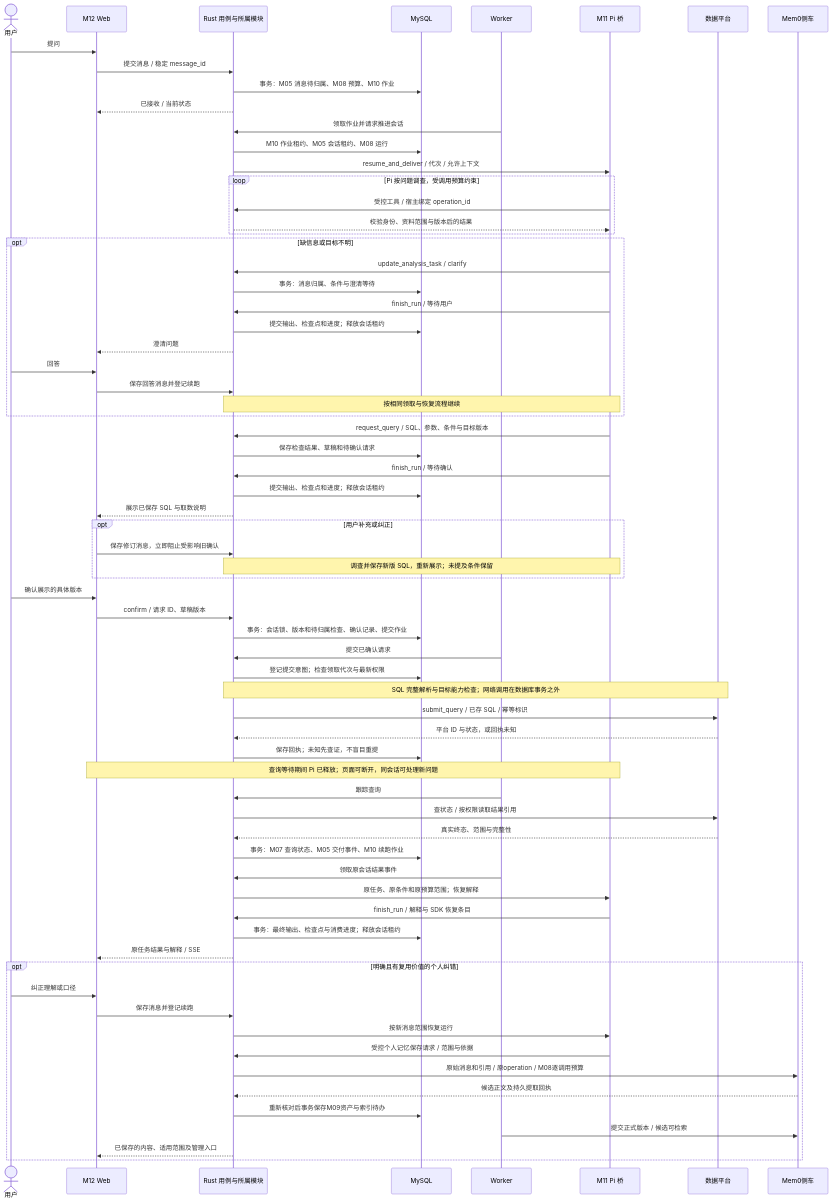
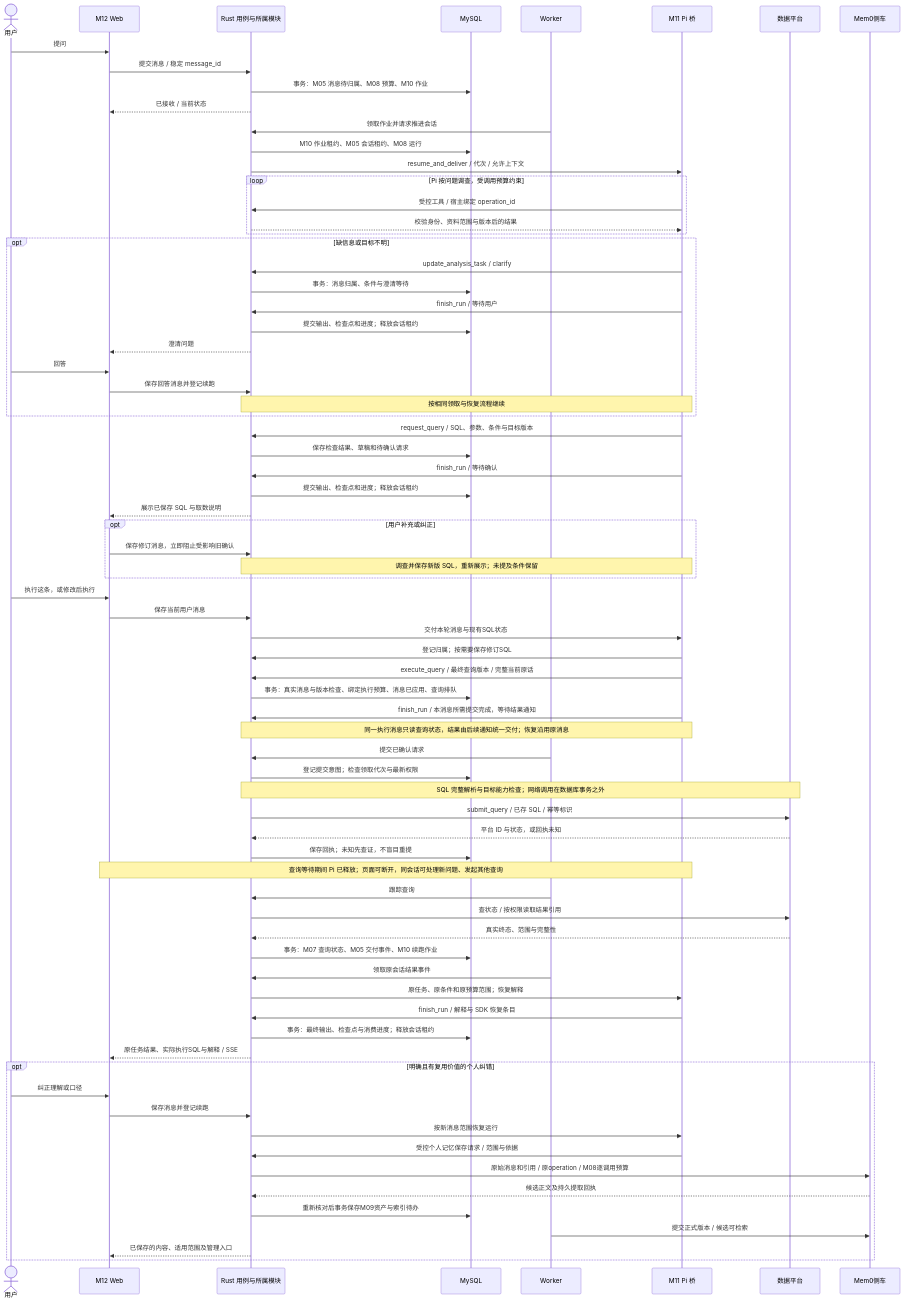
Before and after one commit to yaoziyaoguai/data_agent: the third of 10 diagrams in docs/architecture/implementation-views.md, drawn with Mermaid. The commit also changed other lines of this file and 52 other files, not shown here.

````diff
--- a/docs/architecture/implementation-views.md
+++ b/docs/architecture/implementation-views.md
@@ -82,71 +82,76 @@
 ```mermaid
 sequenceDiagram
   actor U as 用户
   participant W as M12 Web
   participant R as Rust 用例与所属模块
   participant D as MySQL
   participant B as Worker
   participant P as M11 Pi 桥
   participant Q as 数据平台
   participant M as Mem0侧车
   U->>W: 提问
   W->>R: 提交消息 / 稳定 message_id
   R->>D: 事务：M05 消息待归属、M08 预算、M10 作业
   R-->>W: 已接收 / 当前状态
   B->>R: 领取作业并请求推进会话
   R->>D: M10 作业租约、M05 会话租约、M08 运行
   R->>P: resume_and_deliver / 代次 / 允许上下文
   loop Pi 按问题调查，受调用预算约束
     P->>R: 受控工具 / 宿主绑定 operation_id
     R-->>P: 校验身份、资料范围与版本后的结果
   end
   opt 缺信息或目标不明
     P->>R: update_analysis_task / clarify
     R->>D: 事务：消息归属、条件与澄清等待
     P->>R: finish_run / 等待用户
     R->>D: 提交输出、检查点和进度；释放会话租约
     R-->>W: 澄清问题
     U->>W: 回答
     W->>R: 保存回答消息并登记续跑
     Note over R,P: 按相同领取与恢复流程继续
   end
   P->>R: request_query / SQL、参数、条件与目标版本
   R->>D: 保存检查结果、草稿和待确认请求
   P->>R: finish_run / 等待确认
   R->>D: 提交输出、检查点和进度；释放会话租约
   R-->>W: 展示已保存 SQL 与取数说明
   opt 用户补充或纠正
     W->>R: 保存修订消息，立即阻止受影响旧确认
     Note over R,P: 调查并保存新版 SQL，重新展示；未提及条件保留
   end
-  U->>W: 确认展示的具体版本
-  W->>R: confirm / 请求 ID、草稿版本
-  R->>D: 事务：会话锁、版本和待归属检查、确认记录、提交作业
+  U->>W: 执行这条，或修改后执行
+  W->>R: 保存当前用户消息
+  R->>P: 交付本轮消息与现有SQL状态
+  P->>R: 登记归属；按需要保存修订SQL
+  P->>R: execute_query / 最终查询版本 / 完整当前原话
+  R->>D: 事务：真实消息与版本检查、绑定执行预算、消息已应用、查询排队
+  P->>R: finish_run / 本消息所需提交完成，等待结果通知
+  Note over R,P: 同一执行消息只读查询状态，结果由后续通知统一交付；恢复沿用原消息
   B->>R: 提交已确认请求
   R->>D: 登记提交意图；检查领取代次与最新权限
   Note over R,Q: SQL 完整解析与目标能力检查；网络调用在数据库事务之外
   R->>Q: submit_query / 已存 SQL / 幂等标识
   Q-->>R: 平台 ID 与状态，或回执未知
   R->>D: 保存回执；未知先查证，不盲目重提
-  Note over W,P: 查询等待期间 Pi 已释放；页面可断开，同会话可处理新问题
+  Note over W,P: 查询等待期间 Pi 已释放；页面可断开，同会话可处理新问题、发起其他查询
   B->>R: 跟踪查询
   R->>Q: 查状态 / 按权限读取结果引用
   Q-->>R: 真实终态、范围与完整性
   R->>D: 事务：M07 查询状态、M05 交付事件、M10 续跑作业
   B->>R: 领取原会话结果事件
   R->>P: 原任务、原条件和原预算范围；恢复解释
   P->>R: finish_run / 解释与 SDK 恢复条目
   R->>D: 事务：最终输出、检查点与消费进度；释放会话租约
-  R-->>W: 原任务结果与解释 / SSE
+  R-->>W: 原任务结果、实际执行SQL与解释 / SSE
   opt 明确且有复用价值的个人纠错
     U->>W: 纠正理解或口径
     W->>R: 保存消息并登记续跑
     R->>P: 按新消息范围恢复运行
     P->>R: 受控个人记忆保存请求 / 范围与依据
     R->>M: 原始消息和引用 / 原operation / M08逐调用预算
     M-->>R: 候选正文及持久提取回执
     R->>D: 重新核对后事务保存M09资产与索引待办
     B->>M: 提交正式版本 / 候选可检索
     R-->>W: 已保存的内容、适用范围及管理入口
   end
 ```
````
